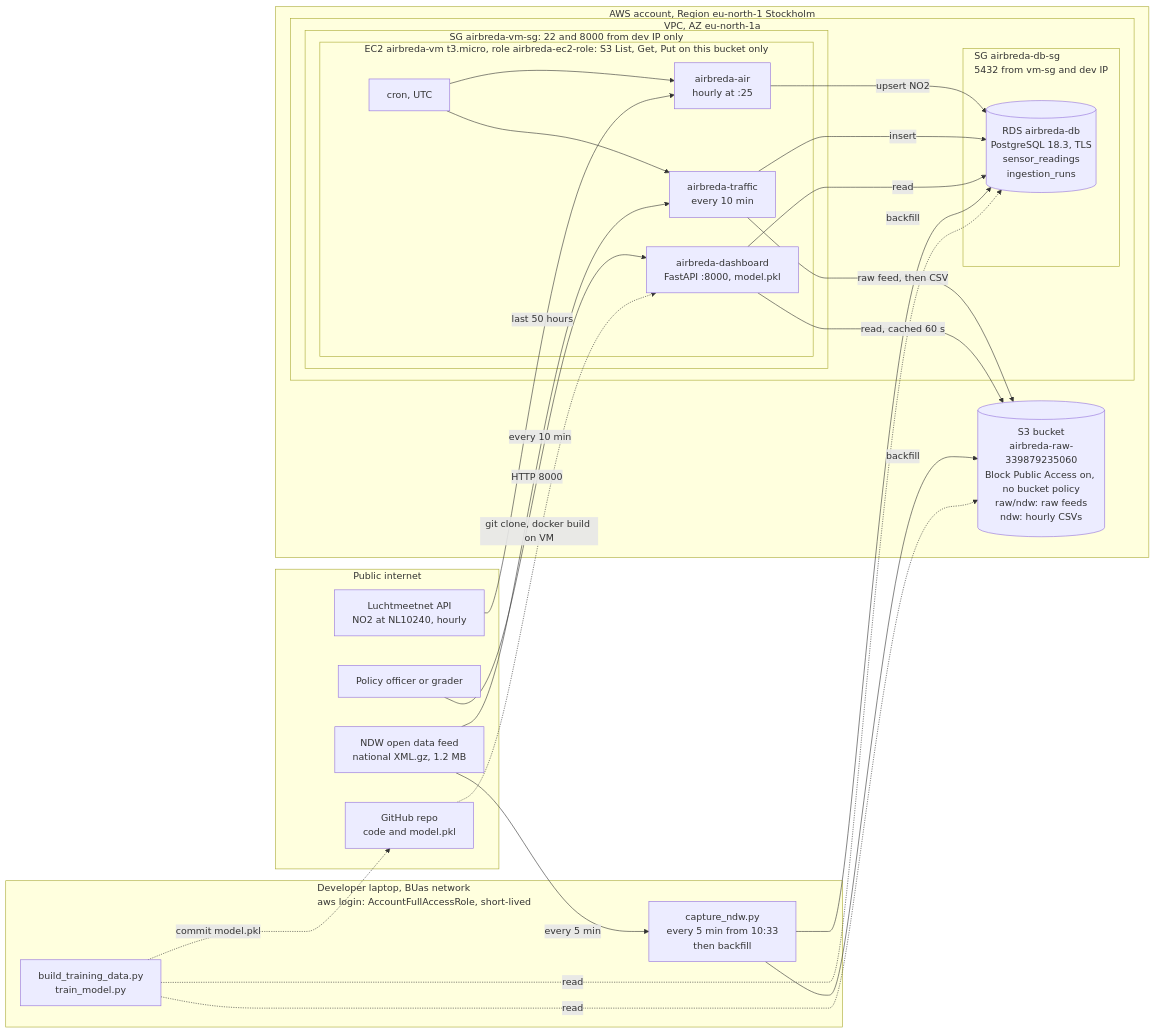
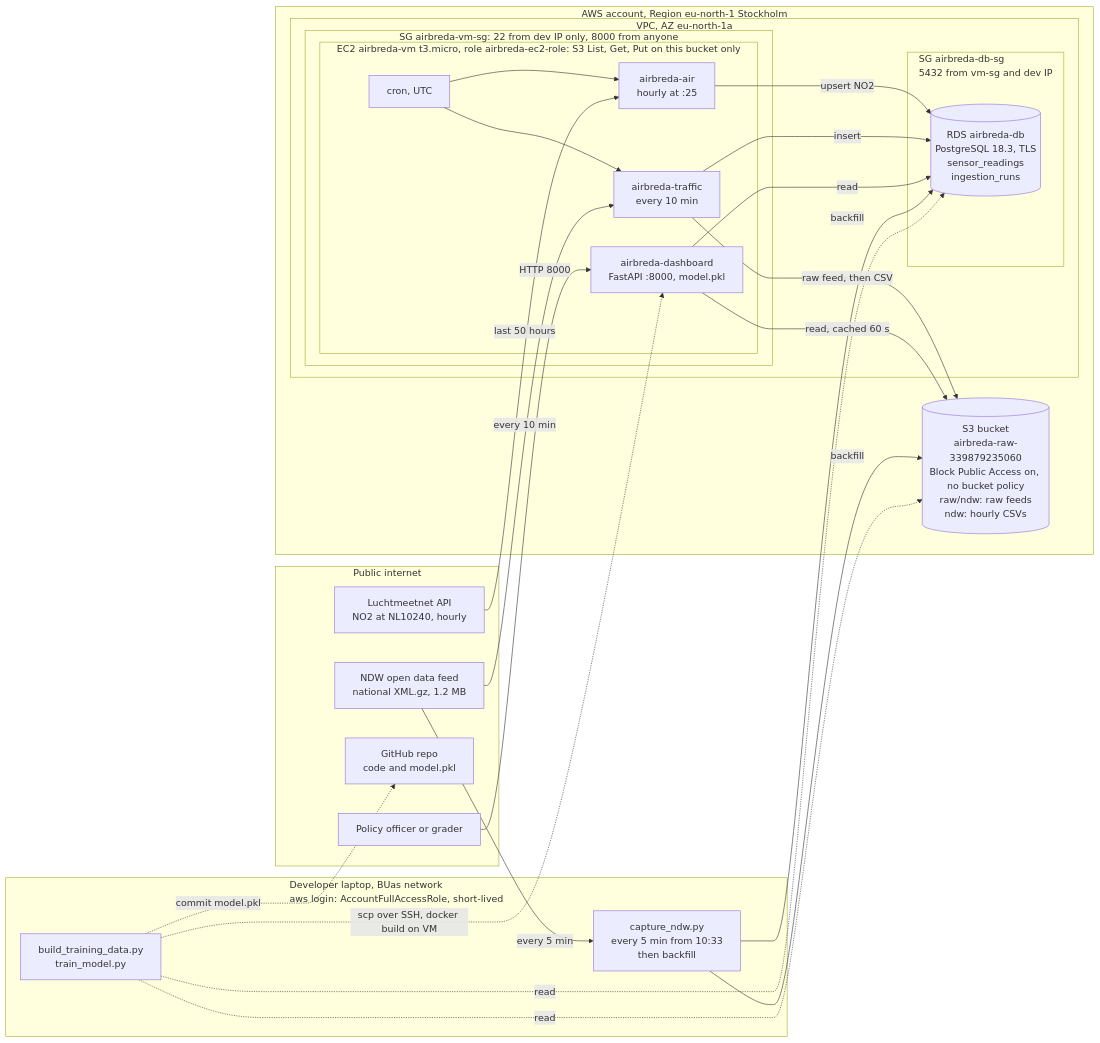
The diagram in docs/index.md (MohammadaliJaberi244437/airbreda), drawn with Mermaid before and after one commit. The commit also changed other lines of this file, not shown here.

Commit message:
docs: match diagram and trust boundaries to the deployed system
Port 8000 is now public for grading, and code reaches the VM by scp.

```diff
--- a/docs/index.md
+++ b/docs/index.md
@@ -22,46 +22,46 @@
 <pre class="mermaid">
 flowchart LR
   subgraph INTERNET["Public internet"]
     LMN["Luchtmeetnet API<br/>NO2 at NL10240, hourly"]
     NDW["NDW open data feed<br/>national XML.gz, 1.2 MB"]
     GH["GitHub repo<br/>code and model.pkl"]
     USER["Policy officer or grader"]
   end
   subgraph LAPTOP["Developer laptop, BUas network<br/>aws login: AccountFullAccessRole, short-lived"]
     CAP["capture_ndw.py<br/>every 5 min from 10:33<br/>then backfill"]
     TRAIN["build_training_data.py<br/>train_model.py"]
   end
   subgraph AWS["AWS account, Region eu-north-1 Stockholm"]
     subgraph VPC["VPC, AZ eu-north-1a"]
-      subgraph VMSG["SG airbreda-vm-sg: 22 and 8000 from dev IP only"]
+      subgraph VMSG["SG airbreda-vm-sg: 22 from dev IP only, 8000 from anyone"]
         subgraph ROLE["EC2 airbreda-vm t3.micro, role airbreda-ec2-role: S3 List, Get, Put on this bucket only"]
           CRON["cron, UTC"]
           AIR["airbreda-air<br/>hourly at :25"]
           TRF["airbreda-traffic<br/>every 10 min"]
           DASH["airbreda-dashboard<br/>FastAPI :8000, model.pkl"]
         end
       end
       subgraph DBSG["SG airbreda-db-sg<br/>5432 from vm-sg and dev IP"]
         RDS[("RDS airbreda-db<br/>PostgreSQL 18.3, TLS<br/>sensor_readings<br/>ingestion_runs")]
       end
     end
     S3[("S3 bucket<br/>airbreda-raw-339879235060<br/>Block Public Access on, no bucket policy<br/>raw/ndw: raw feeds<br/>ndw: hourly CSVs")]
   end
   CRON --> AIR
   CRON --> TRF
   LMN -->|"last 50 hours"| AIR
   NDW -->|"every 10 min"| TRF
   USER -->|"HTTP 8000"| DASH
   NDW -->|"every 5 min"| CAP
   AIR -->|"upsert NO2"| RDS
   TRF -->|"insert"| RDS
   TRF -->|"raw feed, then CSV"| S3
   DASH -->|"read"| RDS
   DASH -->|"read, cached 60 s"| S3
   CAP -->|"backfill"| RDS
   CAP -->|"backfill"| S3
   TRAIN -.->|"read"| RDS
   TRAIN -.->|"read"| S3
   TRAIN -.->|"commit model.pkl"| GH
-  GH -.->|"git clone, docker build on VM"| DASH
+  TRAIN -.->|"scp over SSH, docker build on VM"| DASH
 </pre>
```
